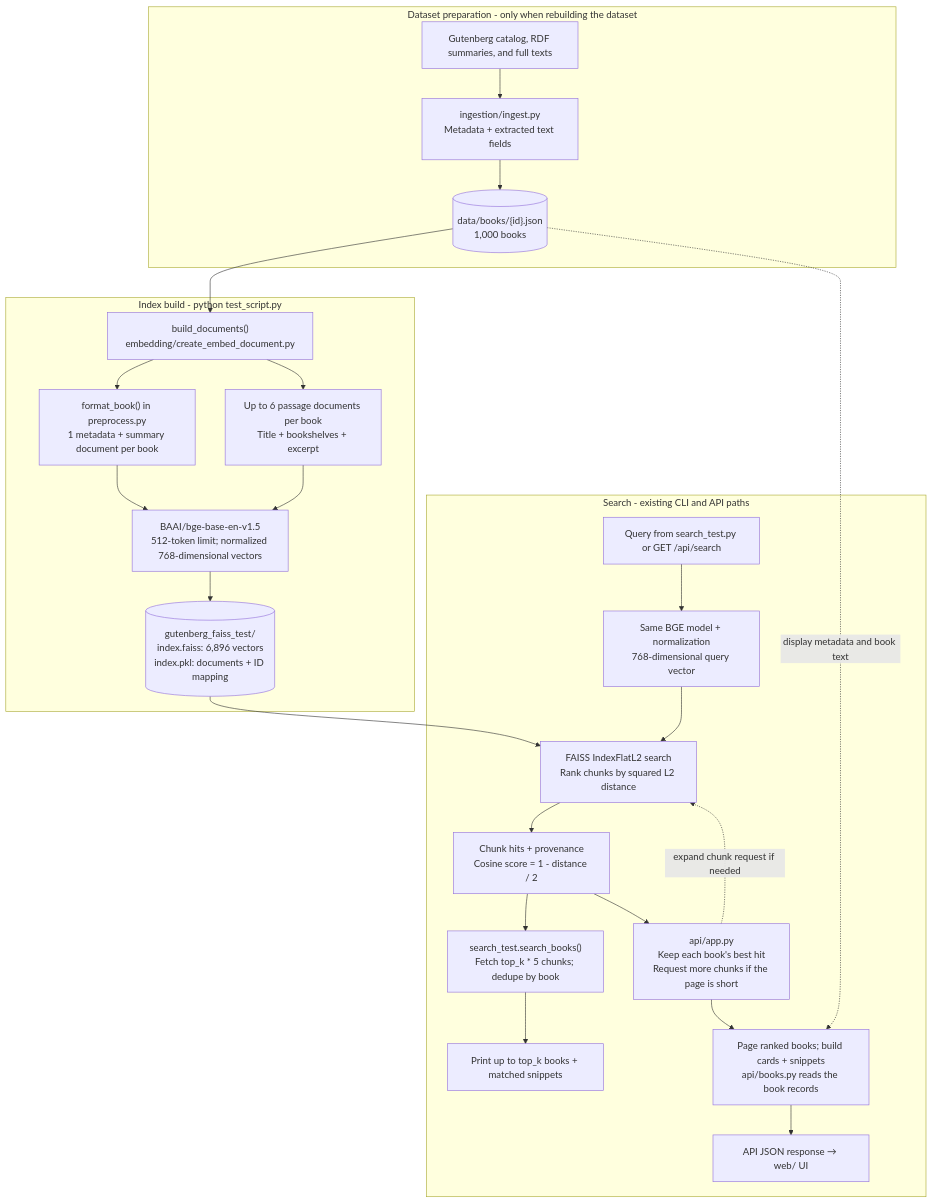
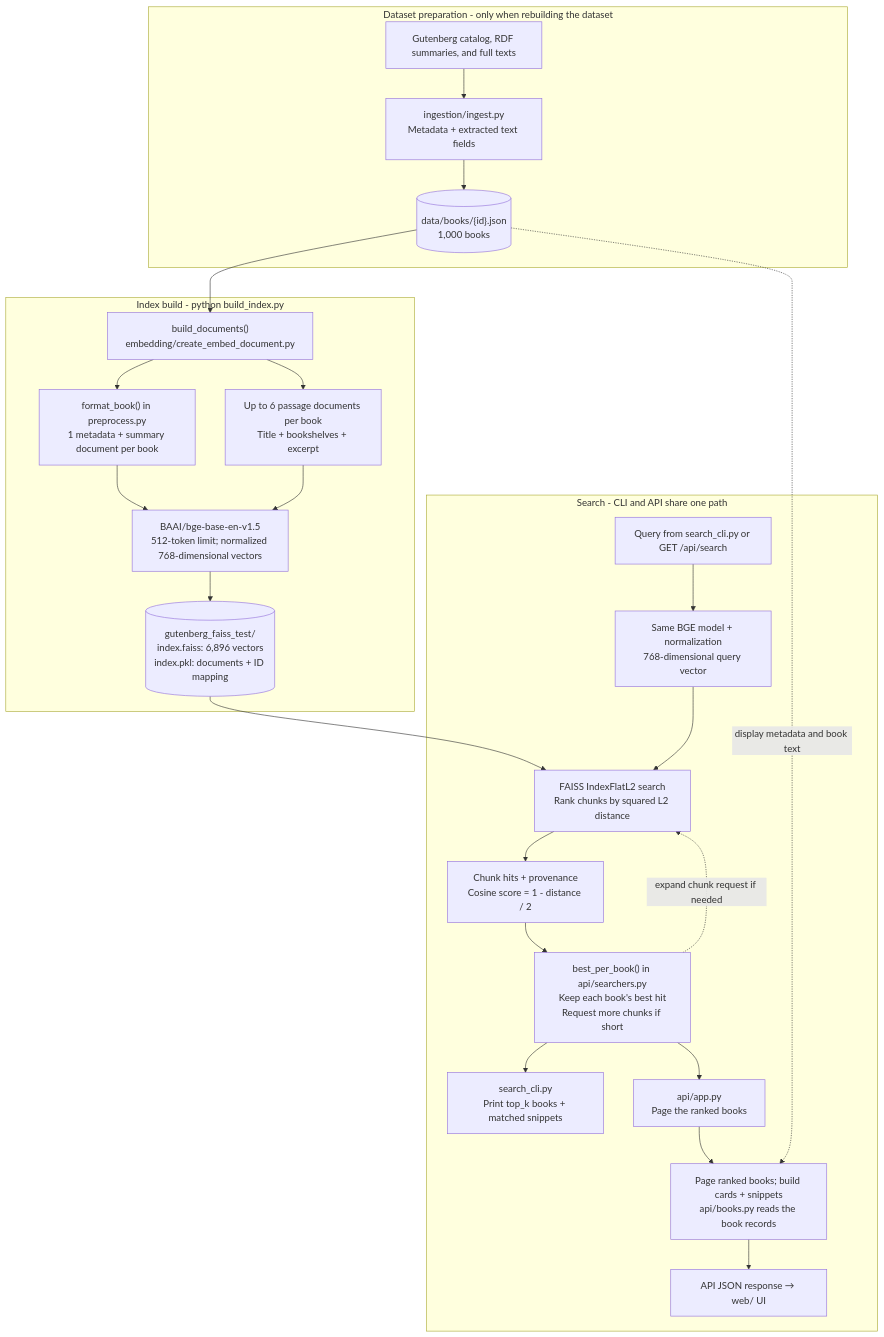
Before and after one commit to jeffgord/cds-capstone: the diagram in embedding/README.md, drawn with Mermaid. The commit also changed other lines of this file and 7 other files, not shown here.

First line of the commit message:
Rename test_script.py to build_index.py; replace search_test.py with search_cli.py on the API's code

````diff
--- a/embedding/README.md
+++ b/embedding/README.md
@@ -11,40 +11,41 @@
 ```mermaid
 flowchart TB
     subgraph preparation["Dataset preparation - only when rebuilding the dataset"]
         source["Gutenberg catalog, RDF summaries, and full texts"]
         ingest["ingestion/ingest.py<br/>Metadata + extracted text fields"]
         books[("data/books/{id}.json<br/>1,000 books")]
         source --> ingest --> books
     end
 
-    subgraph build["Index build - python test_script.py"]
+    subgraph build["Index build - python build_index.py"]
         documents["build_documents()<br/>embedding/create_embed_document.py"]
         summary["format_book() in preprocess.py<br/>1 metadata + summary document per book"]
         passages["Up to 6 passage documents per book<br/>Title + bookshelves + excerpt"]
         embed["BAAI/bge-base-en-v1.5<br/>512-token limit; normalized 768-dimensional vectors"]
         index[("gutenberg_faiss_test/<br/>index.faiss: 6,896 vectors<br/>index.pkl: documents + ID mapping")]
         documents --> summary --> embed
         documents --> passages --> embed
         embed --> index
     end
 
-    subgraph search["Search - existing CLI and API paths"]
-        query["Query from search_test.py or GET /api/search"]
+    subgraph search["Search - CLI and API share one path"]
+        query["Query from search_cli.py or GET /api/search"]
         query_vector["Same BGE model + normalization<br/>768-dimensional query vector"]
         retrieve["FAISS IndexFlatL2 search<br/>Rank chunks by squared L2 distance"]
         hits["Chunk hits + provenance<br/>Cosine score = 1 - distance / 2"]
-        cli["search_test.search_books()<br/>Fetch top_k * 5 chunks; dedupe by book"]
-        terminal["Print up to top_k books + matched snippets"]
-        api["api/app.py<br/>Keep each book's best hit<br/>Request more chunks if the page is short"]
+        dedupe["best_per_book() in api/searchers.py<br/>Keep each book's best hit<br/>Request more chunks if short"]
+        terminal["search_cli.py<br/>Print top_k books + matched snippets"]
+        api["api/app.py<br/>Page the ranked books"]
         cards["Page ranked books; build cards + snippets<br/>api/books.py reads the book records"]
         ui["API JSON response → web/ UI"]
         query --> query_vector --> retrieve --> hits
-        hits --> cli --> terminal
-        hits --> api --> cards --> ui
-        api -.->|"expand chunk request if needed"| retrieve
+        hits --> dedupe
+        dedupe --> terminal
+        dedupe --> api --> cards --> ui
+        dedupe -.->|"expand chunk request if needed"| retrieve
     end
 
     books --> documents
     index --> retrieve
     books -.->|"display metadata and book text"| cards
 ```
````
